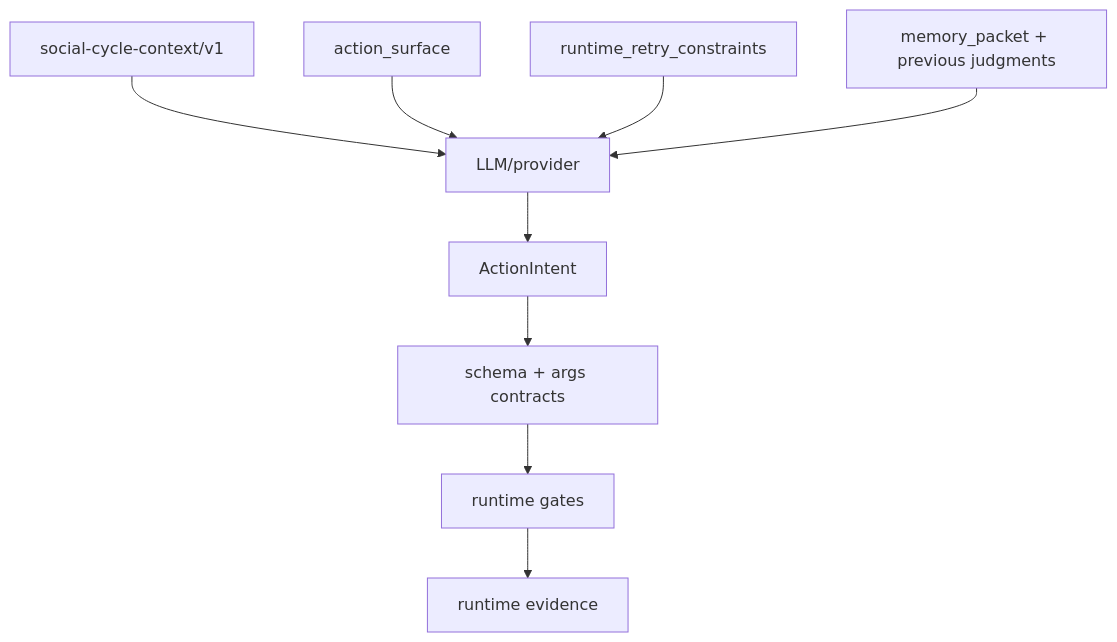
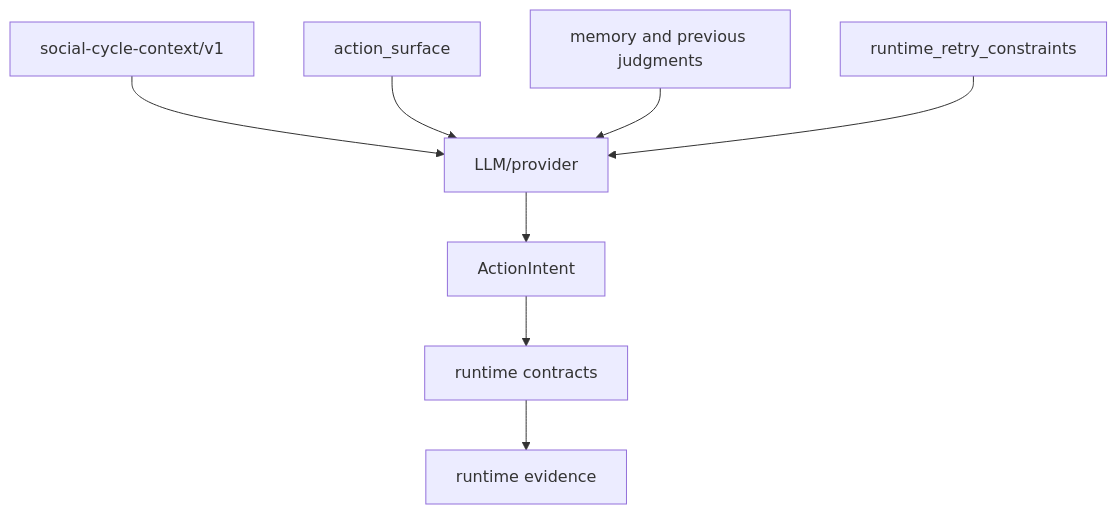
The sixth of 11 diagrams in CURRENT_IMPLEMENTATION_ARCHITECTURE_REVIEW.md (gigio1023/minecraft-llm-agent-community), drawn with Mermaid before and after one commit. The commit also changed other lines of this file and 83 other files, not shown here.

Commit message:
runtime: align observation context architecture

````diff
--- a/CURRENT_IMPLEMENTATION_ARCHITECTURE_REVIEW.md
+++ b/CURRENT_IMPLEMENTATION_ARCHITECTURE_REVIEW.md
@@ -327,21 +285,19 @@
 ```mermaid
 flowchart TD
   Input["social-cycle-context/v1"]
   Surface["action_surface"]
+  Memory["memory and previous judgments"]
   Retry["runtime_retry_constraints"]
-  Memory["memory_packet + previous judgments"]
   Provider["LLM/provider"]
   Intent["ActionIntent"]
-  Contracts["schema + args contracts"]
-  Gates["runtime gates"]
+  Runtime["runtime contracts"]
   Evidence["runtime evidence"]
 
   Input --> Provider
   Surface --> Provider
+  Memory --> Provider
   Retry --> Provider
-  Memory --> Provider
   Provider --> Intent
-  Intent --> Contracts
-  Contracts --> Gates
-  Gates --> Evidence
+  Intent --> Runtime
+  Runtime --> Evidence
 ```
````
